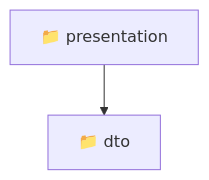
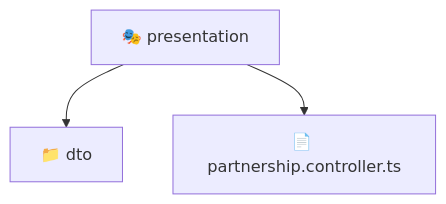
Before and after one commit to beginwebdev2002/fullstack-mavluda: the diagram in backend/src/modules/partnership/presentation/README.md, drawn with Mermaid. The commit also changed other lines of this file and 165 other files, not shown here.

First line of the commit message:
docs: generate localized architectural READMEs

````diff
--- a/backend/src/modules/partnership/presentation/README.md
+++ b/backend/src/modules/partnership/presentation/README.md
@@ -10,5 +9,6 @@
 ```mermaid
 graph TD
-  Root["📁 presentation"]
-  Root --> dto["📁 dto"]
+  presentation["🎭 presentation"]
+  presentation --> dto["📁 dto"]
+  presentation --> partnership_controller_ts["📄 partnership.controller.ts"]
 ```
````
